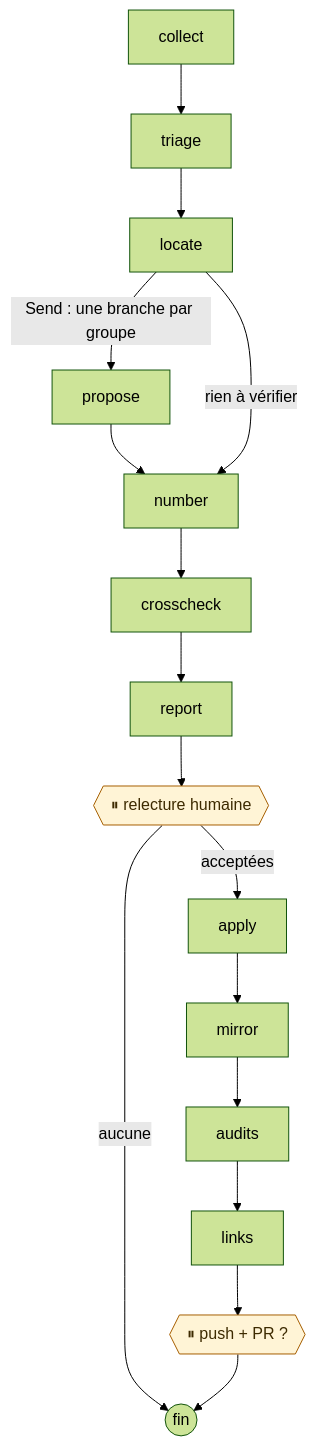
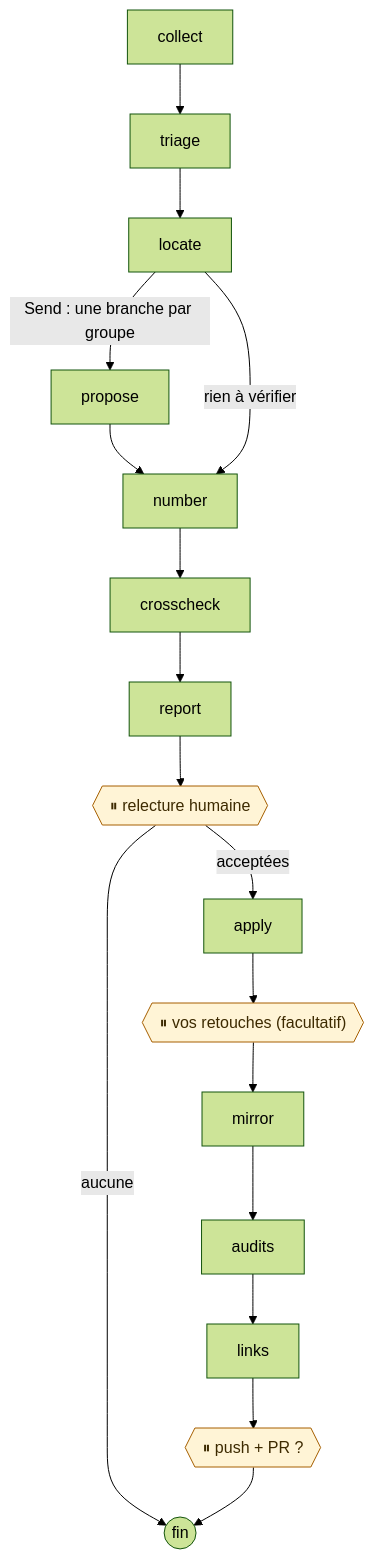
The second of 2 diagrams in README.fr.md (DamienBecherini/vault-watch-agent), drawn with Mermaid (forest theme) before and after one commit. The commit also changed other lines of this file and 22 other files, not shown here.

Commit message:
H3: a pause to retouch the pages of the branch before the mirrors (the guide's folder lent to Obsidian, drafts set aside and put back, an editor in the page, the retouches committed as the editor's; resume --retouch)

````diff
--- a/README.fr.md
+++ b/README.fr.md
@@ -95,12 +95,12 @@
 ```mermaid
 flowchart TD
   collect --> triage --> locate
   locate -->|"Send : une branche par groupe"| propose --> number
   locate -->|rien à vérifier| number
   number --> crosscheck --> report --> review{{"⏸ relecture humaine"}}
-  review -->|acceptées| apply --> mirror --> audits --> links --> publish{{"⏸ push + PR ?"}}
+  review -->|acceptées| apply --> retouch{{"⏸ vos retouches (facultatif)"}} --> mirror --> audits --> links --> publish{{"⏸ push + PR ?"}}
   review -->|aucune| stop((fin))
   publish --> stop
   classDef human fill:#fff4d6,stroke:#a65f00,color:#3d2a00
-  class review,publish human
+  class review,retouch,publish human
 ```
````
